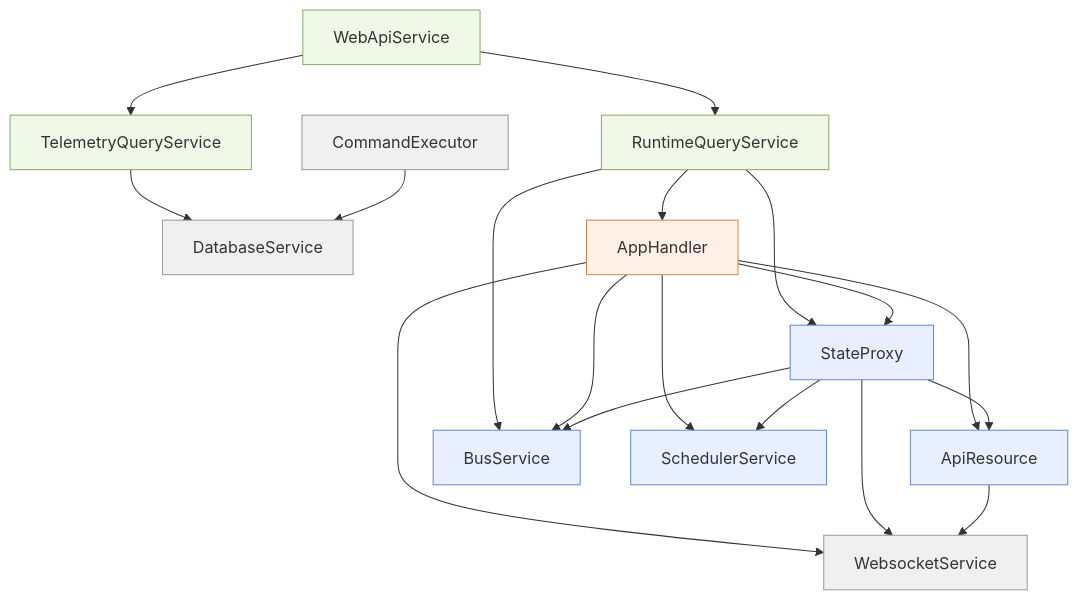
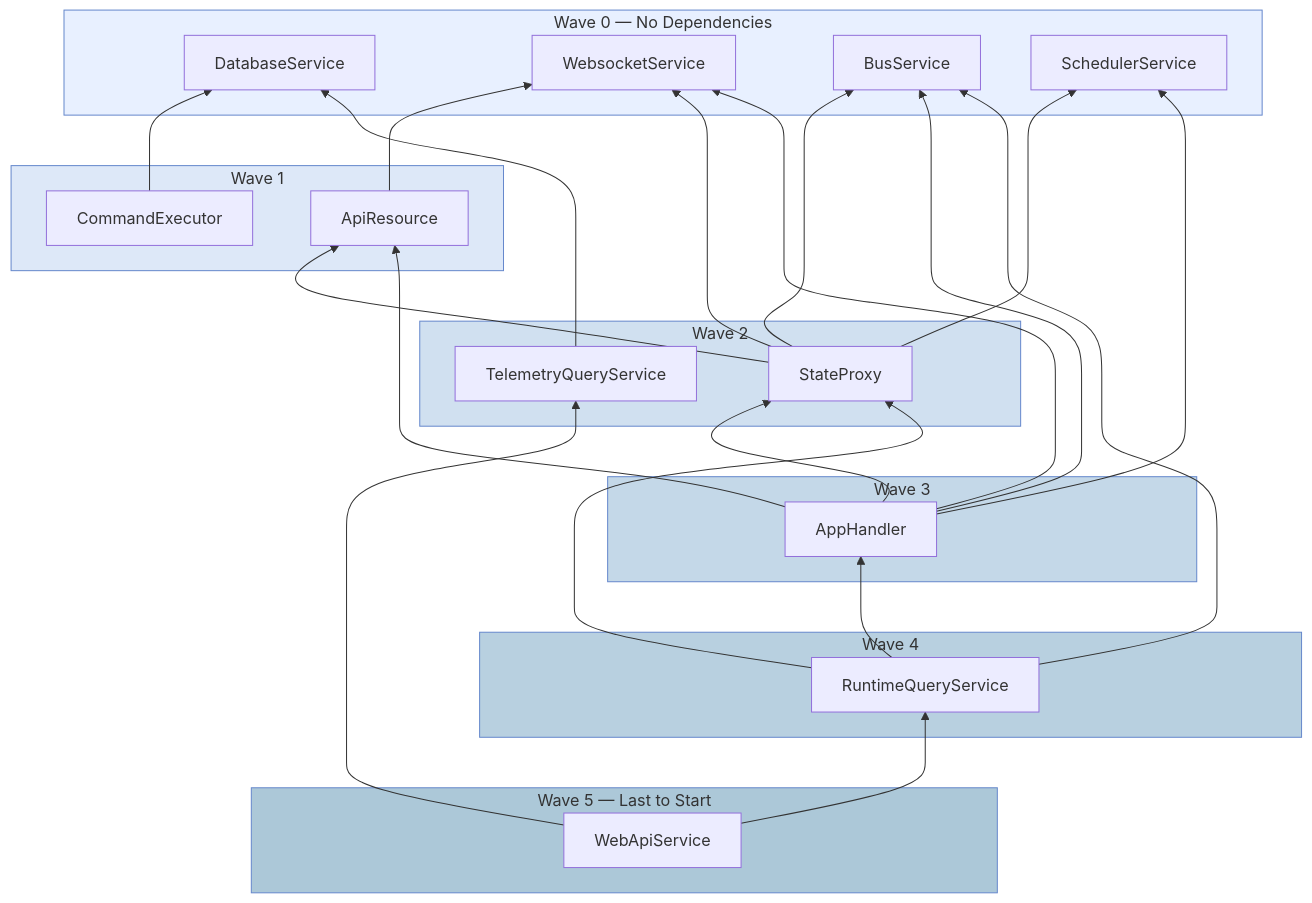
The second of 10 diagrams in docs/pages/core-concepts/internals.md (NodeJSmith/hassette), drawn with Mermaid before and after one commit. The commit also changed other lines of this file, not shown here.

First line of the commit message:
docs: improve diagram layouts and readability

````diff
--- a/docs/pages/core-concepts/internals.md
+++ b/docs/pages/core-concepts/internals.md
@@ -82,37 +82,49 @@
 ```mermaid
-graph TD
+graph BT
     accTitle: Service Dependency Graph
-    accDescr: Which services must be ready before others can initialize
+    accDescr: Wave-based startup order, wave 0 at the top
 
-    DB[DatabaseService]
-    WS[WebsocketService]
-    CMD[CommandExecutor]
-    API[ApiResource]
-    BUS[BusService]
-    SCHED[SchedulerService]
-    SP[StateProxy]
-    AH[AppHandler]
-    RQS[RuntimeQueryService]
-    TQS[TelemetryQueryService]
-    WEB[WebApiService]
+    subgraph wave0["Wave 0 — No Dependencies"]
+        DB[DatabaseService]
+        WS[WebsocketService]
+        BUS[BusService]
+        SCHED[SchedulerService]
+    end
+
+    subgraph wave1["Wave 1"]
+        CMD[CommandExecutor]
+        API[ApiResource]
+    end
+
+    subgraph wave2["Wave 2"]
+        SP[StateProxy]
+        TQS[TelemetryQueryService]
+    end
+
+    subgraph wave3["Wave 3"]
+        AH[AppHandler]
+    end
+
+    subgraph wave4["Wave 4"]
+        RQS[RuntimeQueryService]
+    end
+
+    subgraph wave5["Wave 5 — Last to Start"]
+        WEB[WebApiService]
+    end
 
     CMD --> DB
     TQS --> DB
     API --> WS
     SP --> WS & API & BUS & SCHED
     AH --> WS & API & BUS & SCHED & SP
     RQS --> BUS & SP & AH
     WEB --> RQS & TQS
 
-    style DB fill:#f0f0f0,stroke:#999
-    style WS fill:#f0f0f0,stroke:#999
-    style BUS fill:#e8f0ff,stroke:#6688cc
-    style SCHED fill:#e8f0ff,stroke:#6688cc
-    style SP fill:#e8f0ff,stroke:#6688cc
-    style API fill:#e8f0ff,stroke:#6688cc
-    style AH fill:#fff0e8,stroke:#cc8844
-    style WEB fill:#f0f8e8,stroke:#88aa66
-    style RQS fill:#f0f8e8,stroke:#88aa66
-    style TQS fill:#f0f8e8,stroke:#88aa66
-    style CMD fill:#f0f0f0,stroke:#999
+    style wave0 fill:#e8f0ff,stroke:#6688cc
+    style wave1 fill:#dde8f8,stroke:#6688cc
+    style wave2 fill:#d0e0f0,stroke:#6688cc
+    style wave3 fill:#c4d8e8,stroke:#6688cc
+    style wave4 fill:#b8d0e0,stroke:#6688cc
+    style wave5 fill:#acc8d8,stroke:#6688cc
 ```
````
